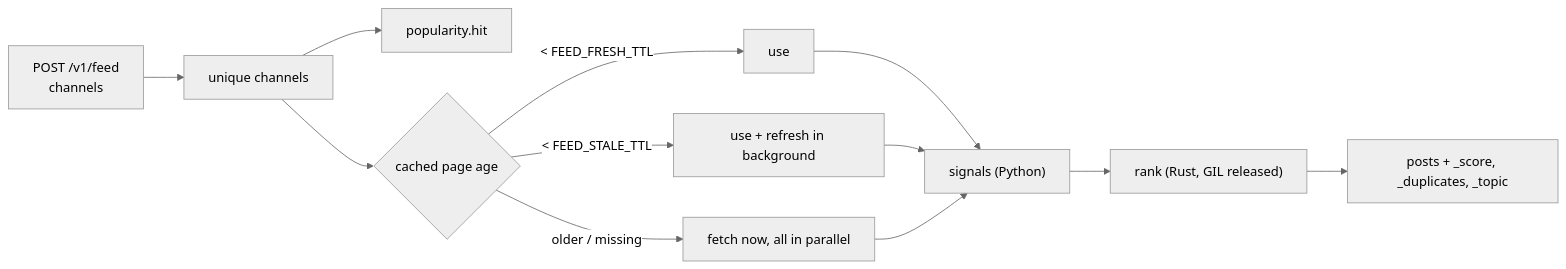
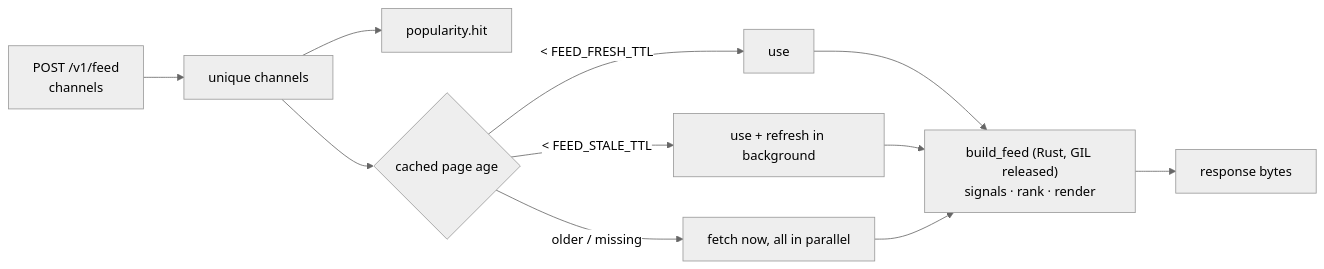
Before and after one commit to koval01/telegram-me: the diagram in docs/internals/feed.md, drawn with Mermaid (neutral theme). The commit also changed other lines of this file and 13 other files, not shown here.

First line of the commit message:
Document the Rust roadmap and the native feed

````diff
--- a/docs/internals/feed.md
+++ b/docs/internals/feed.md
@@ -5,12 +5,11 @@
 ```mermaid
 flowchart LR
     Q["POST /v1/feed<br/>channels"] --> U[unique channels]
     U --> H[popularity.hit]
     U --> P{cached page age}
     P -- "< FEED_FRESH_TTL" --> USE[use]
     P -- "< FEED_STALE_TTL" --> USE2[use + refresh in background]
     P -- "older / missing" --> FETCH[fetch now, all in parallel]
-    USE & USE2 & FETCH --> SIG["signals (Python)"]
-    SIG --> RANK["rank (Rust, GIL released)"]
-    RANK --> OUT[posts + _score, _duplicates, _topic]
+    USE & USE2 & FETCH --> B["build_feed (Rust, GIL released)<br/>signals · rank · render"]
+    B --> OUT[response bytes]
 ```
````
